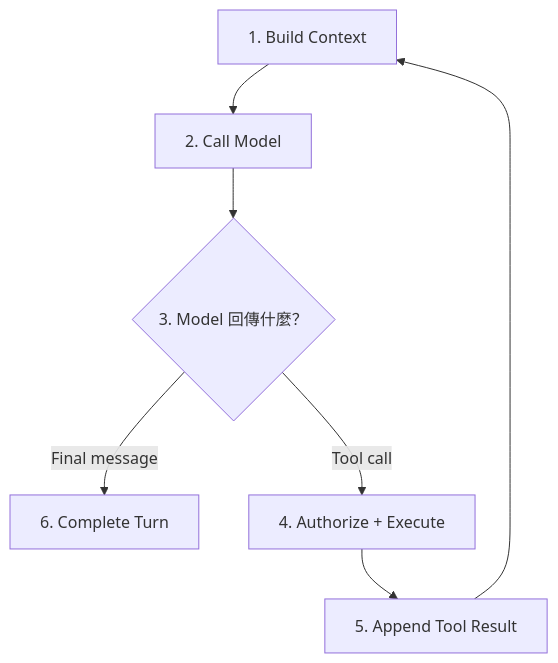
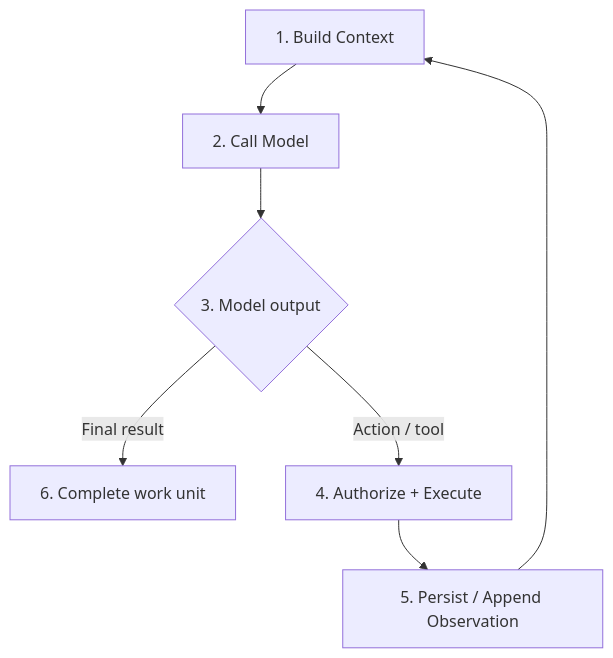
Before and after one commit to indigofeather/harness-book: the third of 7 diagrams in docs/foundations/agent-loop.md, drawn with Mermaid. The commit also changed other lines of this file and 48 other files, not shown here.

````diff
--- a/docs/foundations/agent-loop.md
+++ b/docs/foundations/agent-loop.md
@@ -87,9 +77,9 @@
 ```mermaid
 flowchart TD
   A[1. Build Context] --> B[2. Call Model]
-  B --> C{3. Model 回傳什麼？}
-  C -->|Final message| F[6. Complete Turn]
-  C -->|Tool call| D[4. Authorize + Execute]
-  D --> E[5. Append Tool Result]
+  B --> C{3. Model output}
+  C -->|Final result| F[6. Complete work unit]
+  C -->|Action / tool| D[4. Authorize + Execute]
+  D --> E[5. Persist / Append Observation]
   E --> A
 ```
````
